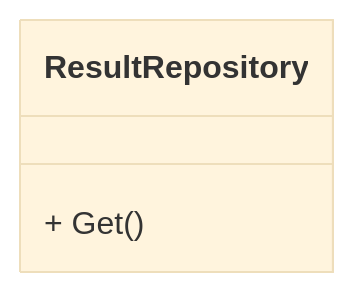
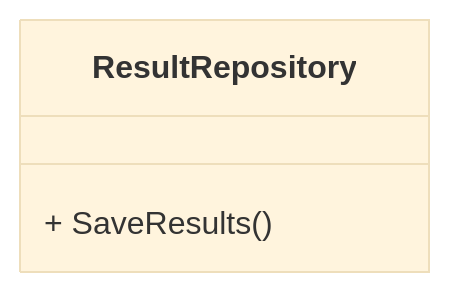
One commit to MrWangpeilin945/FlutterIOS changed the eighth of 10 diagrams in Documents/API設計書/src/docs/6_リポジトリ.adoc. Above: the diagram before and after it, drawn with Mermaid (base theme). The commit also changed other lines of this file and 1 other file, not shown here.

Commit message:
API設計書 ユースケースとリポジトリのクラス図を更新

```diff
--- a/Documents/API設計書/src/docs/6_リポジトリ.adoc
+++ b/Documents/API設計書/src/docs/6_リポジトリ.adoc
@@ -79,7 +81,7 @@
 [mermaid,Result-r-cd,png]
 ----
 classDiagram
 class ResultRepository {
-  + Get()
+  + SaveResults()
 }
 ----
```
